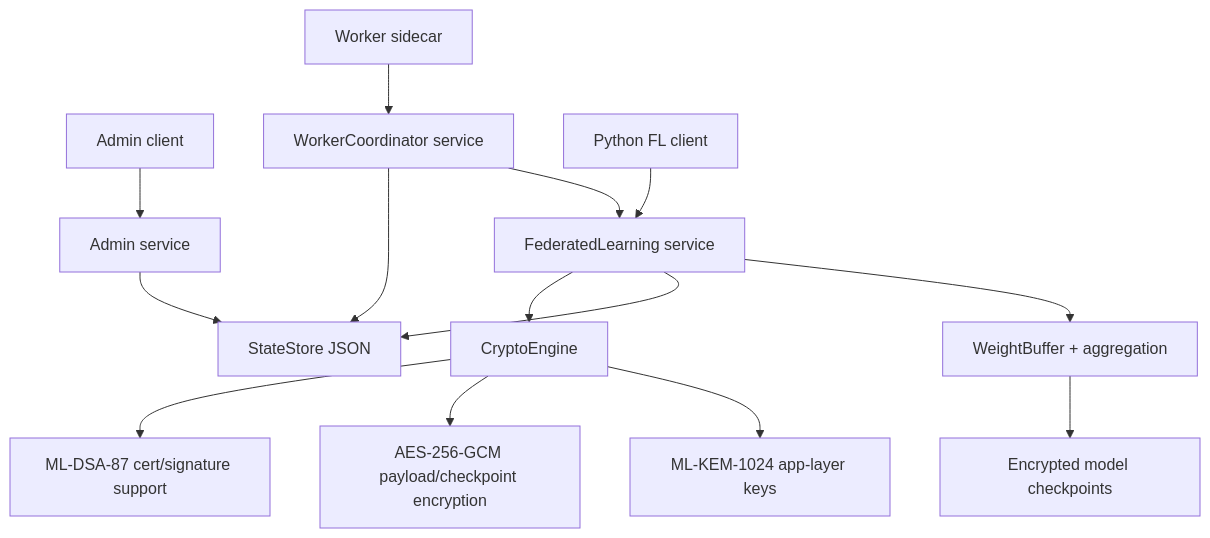
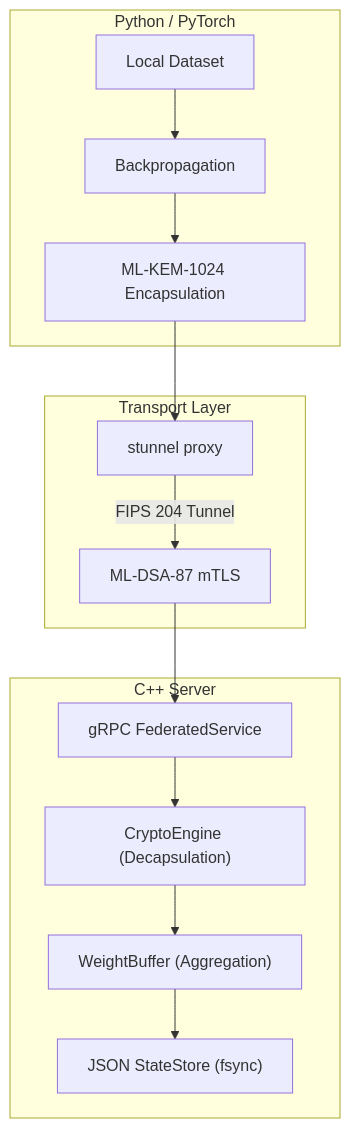
One commit to Sujithb128989/PQ-FL changed the diagram in README.md. Above: the diagram before and after it, drawn with Mermaid. The commit also changed other lines of this file, not shown here.

````diff
--- a/README.md
+++ b/README.md
@@ -53,16 +59,29 @@
 ```mermaid
 graph TD
-    A["Admin client"] --> B["Admin service"]
-    W["Worker sidecar"] --> C["WorkerCoordinator service"]
-    M["Python FL client"] --> D["FederatedLearning service"]
+    subgraph Edge Client [Python / PyTorch]
+        A["Local Dataset"]
+        B["Backpropagation"]
+        C["ML-KEM-1024 Encapsulation"]
+    end
+
+    subgraph Transport Layer
+        D["stunnel proxy"]
+        E["ML-DSA-87 mTLS"]
+    end
+
+    subgraph Control Plane [C++ Server]
+        F["gRPC FederatedService"]
+        G["CryptoEngine (Decapsulation)"]
+        H["WeightBuffer (Aggregation)"]
+        I["JSON StateStore (fsync)"]
+    end
+
+    A --> B
+    B --> C
     C --> D
-    D --> E["WeightBuffer + aggregation"]
-    D --> F["StateStore JSON"]
-    C --> F
-    B --> F
-    E --> G["Encrypted model checkpoints"]
-    D --> H["CryptoEngine"]
-    H --> I["ML-KEM-1024 app-layer keys"]
-    H --> J["AES-256-GCM payload/checkpoint encryption"]
-    H --> K["ML-DSA-87 cert/signature support"]
+    D -->|FIPS 204 Tunnel| E
+    E --> F
+    F --> G
+    G --> H
+    H --> I
 ```
````
